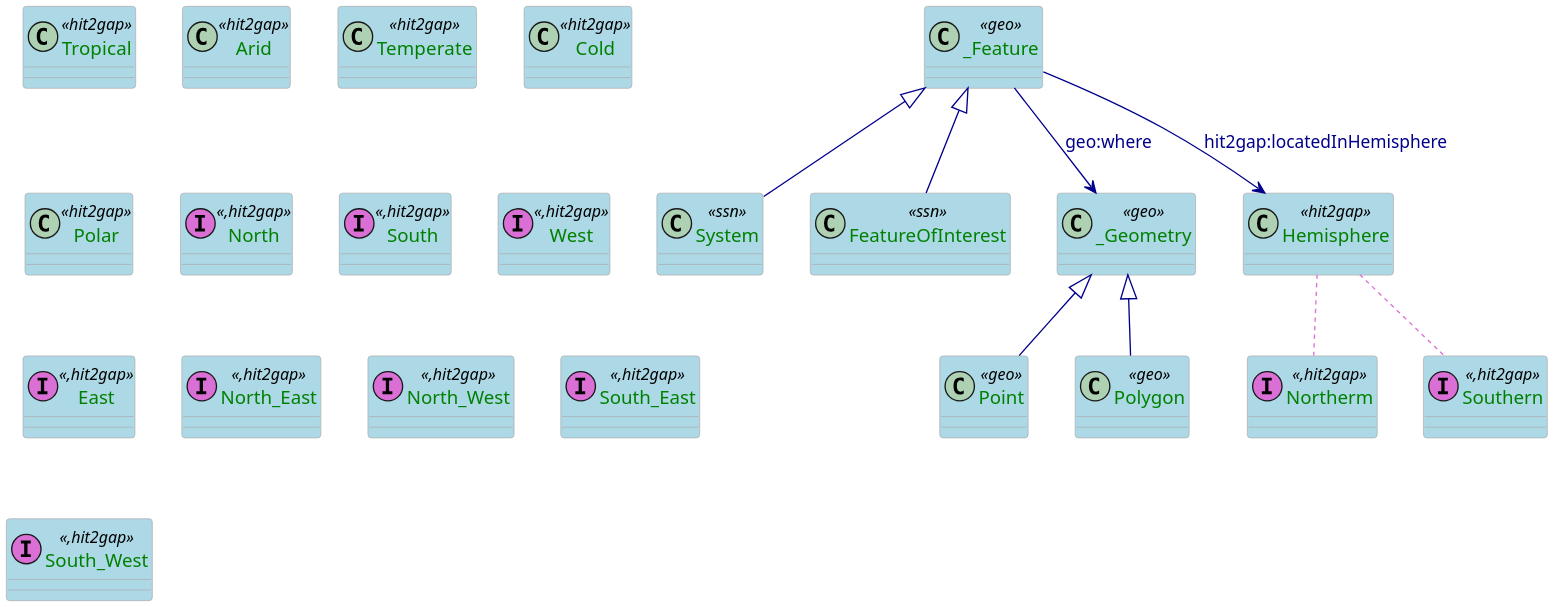
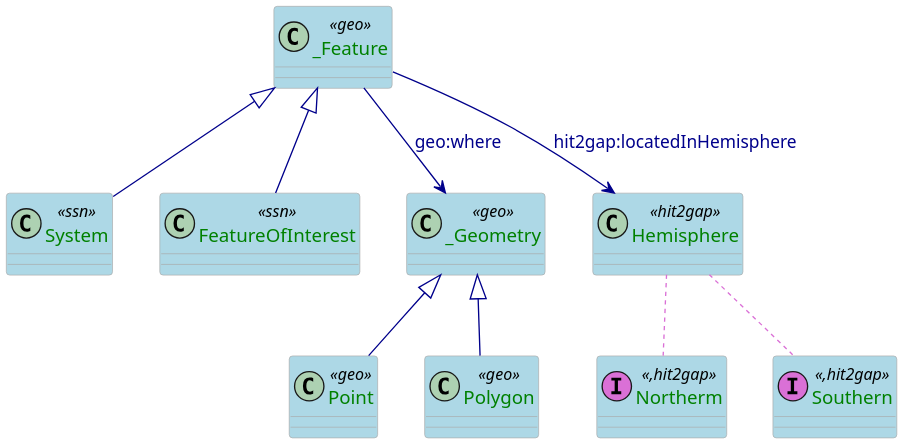
One commit to HIT2GAP-EU-PROJECT/BEMOnt changed the diagram in docs/plantuml/geo.puml. Above: the diagram before and after it, drawn with PlantUML.

```diff
--- a/docs/plantuml/geo.puml
+++ b/docs/plantuml/geo.puml
@@ -1,63 +1,50 @@
 @startuml
 scale 0.7
 
 skinparam class {
   ArrowColor DarkBlue
   ArrowFontColor DarkBlue
   BackgroundColor LightBlue
   BorderColor DarkGrey
 }
 skinparam dpi 300
 skinparam stereotypeCBackgroundColor Wheat
 skinparam classAttributeFontColor  Green
 
 /'
  Definition of the classes referring the SSN-core part
 '/
 class System <<ssn>>
 class FeatureOfInterest <<ssn>>
 
 /'
   Definition of the Geo-core part
 '/
 class _Feature <<geo>>
 class _Geometry <<geo>>
 class Point <<geo>>
 class Polygon <<geo>>
 class Hemisphere <<hit2gap>>
 class Northerm <<(I,orchid),hit2gap>>
 class Southern <<(I,orchid),hit2gap>>
-class Tropical <<hit2gap>>
-class Arid <<hit2gap>>
-class Temperate <<hit2gap>>
-class Cold <<hit2gap>>
-class Polar <<hit2gap>>
 
-class North <<(I,orchid),hit2gap>>
-class South <<(I,orchid),hit2gap>>
-class West <<(I,orchid),hit2gap>>
-class East <<(I,orchid),hit2gap>>
-class North_East <<(I,orchid),hit2gap>>
-class North_West <<(I,orchid),hit2gap>>
-class South_East <<(I,orchid),hit2gap>>
-class South_West <<(I,orchid),hit2gap>>
 
 /'
   Definition of the geospatial part using GeoOWL ontology
 '/
 
 _Feature --> _Geometry: geo:where
 _Geometry <|-- Point
 _Geometry <|-- Polygon
 
 _Feature <|-- FeatureOfInterest
 _Feature <|-- System
 
 _Feature --> Hemisphere: hit2gap:locatedInHemisphere
 
 Hemisphere ..[#orchid] Northerm
 Hemisphere ..[#orchid] Southern
 
 
 
 @enduml
```
